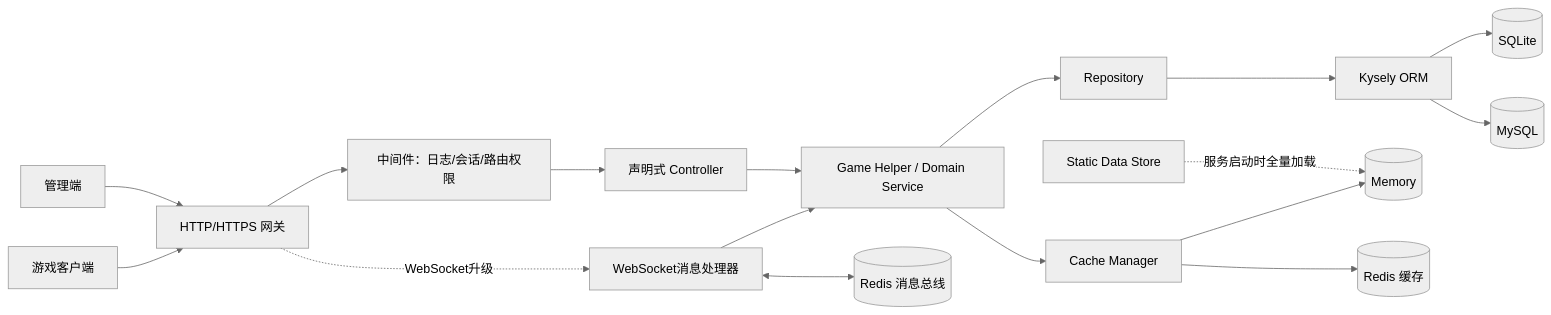
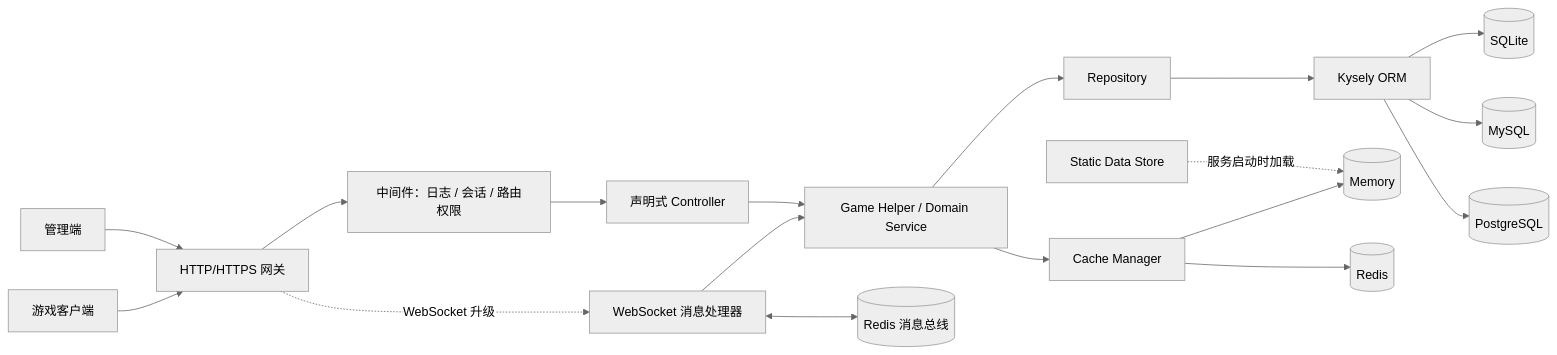
Before and after one commit to Thexiaoyuqaq/that-sky-xysky-public: the diagram in README_zh.md, drawn with Mermaid (neutral theme). The commit also changed other lines of this file and 1 other file, not shown here.

````diff
--- a/README_zh.md
+++ b/README_zh.md
@@ -84,32 +89,33 @@
 ```mermaid
 flowchart LR
     %% 客户端与入口
     C[游戏客户端] --> H[HTTP/HTTPS 网关]
     A[管理端] --> H
 
-    %% 网关层：路由隔离
-    H --> M[中间件：日志/会话/路由权限]
+    %% 网关层
+    H --> M[中间件：日志 / 会话 / 路由权限]
     M --> R[声明式 Controller]
 
-    %% WebSocket 升级与集群同步
-    H -. WebSocket升级 .-> W[WebSocket消息处理器]
+    %% WebSocket
+    H -. WebSocket 升级 .-> W[WebSocket 消息处理器]
     W --> B[Game Helper / Domain Service]
     W <--> RedisBus[(Redis 消息总线)]
 
-    %% 业务逻辑调用
+    %% 业务逻辑
     R --> B
 
-    %% 数据持久层（区分环境）
+    %% 数据持久层
     B --> P[Repository]
     P --> K[Kysely ORM]
-    K --> D1[(SQLite)] 
+    K --> D1[(SQLite)]
     K --> D2[(MySQL)]
+    K --> D3[(PostgreSQL)]
 
-    %% 多级缓存层
+    %% 缓存
     B --> CA[Cache Manager]
     CA --> C1[(Memory)]
-    CA --> RedisCache[(Redis 缓存)]
+    CA --> C2[(Redis)]
 
-    %% 静态配置表
-    S[Static Data Store] -. 服务启动时全量加载 .-> C1
+    %% 静态数据
+    S[Static Data Store] -. 服务启动时加载 .-> C1
 ```
````
